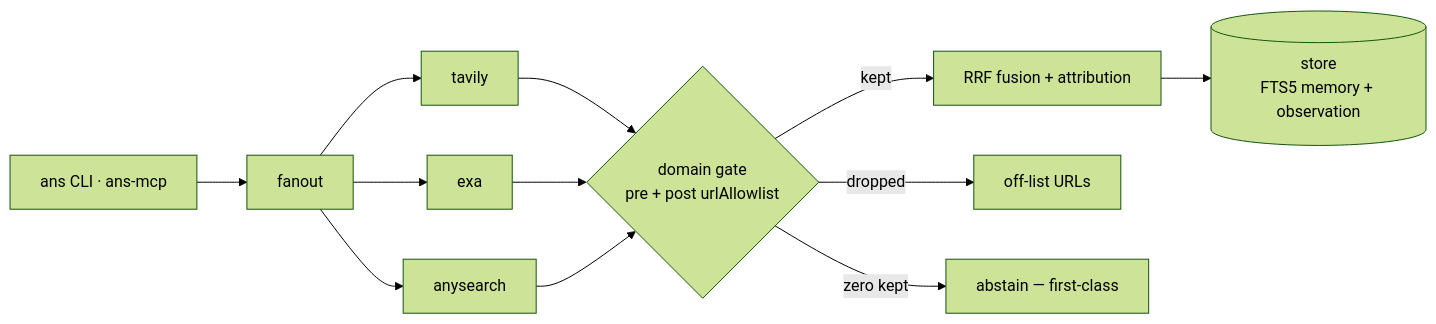
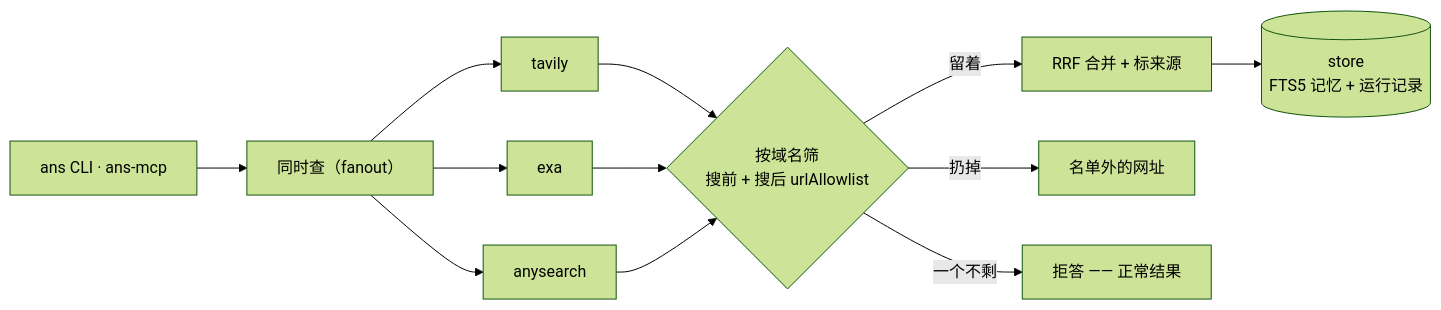
One commit to Xxx91n/anysearch-cli changed the diagram in README.zh-CN.md. Above: the diagram before and after it, drawn with Mermaid (forest theme). The commit also changed other lines of this file and 1 other file, not shown here.

````diff
--- a/README.zh-CN.md
+++ b/README.zh-CN.md
@@ -213,12 +215,12 @@
 ```mermaid
 flowchart LR
-    U["ans CLI · ans-mcp"] --> Q["fanout"]
+    U["ans CLI · ans-mcp"] --> Q["同时查（fanout）"]
     Q --> T["tavily"]
     Q --> E["exa"]
     Q --> A["anysearch"]
-    T & E & A --> G{"domain gate<br/>pre + post urlAllowlist"}
-    G -->|"kept"| F["RRF fusion + attribution"]
-    G -->|"dropped"| X["off-list URLs"]
-    G -->|"zero kept"| Z["abstain — first-class"]
-    F --> S[("store<br/>FTS5 memory + observation")]
+    T & E & A --> G{"按域名筛<br/>搜前 + 搜后 urlAllowlist"}
+    G -->|"留着"| F["RRF 合并 + 标来源"]
+    G -->|"扔掉"| X["名单外的网址"]
+    G -->|"一个不剩"| Z["拒答 —— 正常结果"]
+    F --> S[("store<br/>FTS5 记忆 + 运行记录")]
 ```
````
